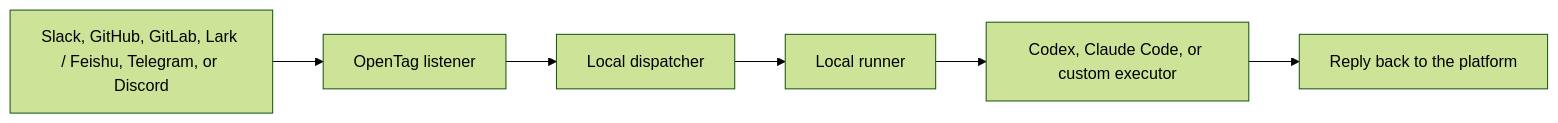
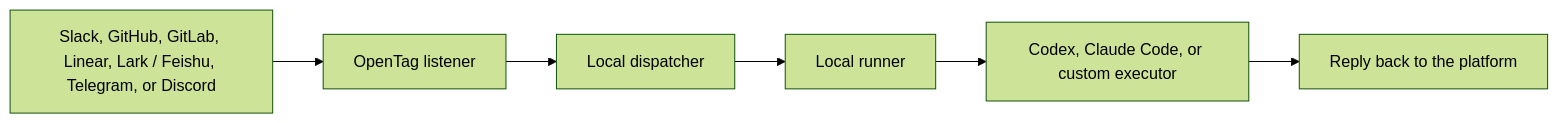
Before and after one commit to amplifthq/opentag: the diagram in README.md, drawn with Mermaid (forest theme). The commit also changed other lines of this file and 104 other files, not shown here.

````diff
--- a/README.md
+++ b/README.md
@@ -212,8 +213,8 @@
 ```mermaid
 flowchart LR
-    A["Slack, GitHub, GitLab, Lark / Feishu, Telegram, or Discord"] --> B["OpenTag listener"]
+    A["Slack, GitHub, GitLab, Linear, Lark / Feishu, Telegram, or Discord"] --> B["OpenTag listener"]
     B --> C["Local dispatcher"]
     C --> D["Local runner"]
     D --> E["Codex, Claude Code, or custom executor"]
     E --> F["Reply back to the platform"]
 ```
````
